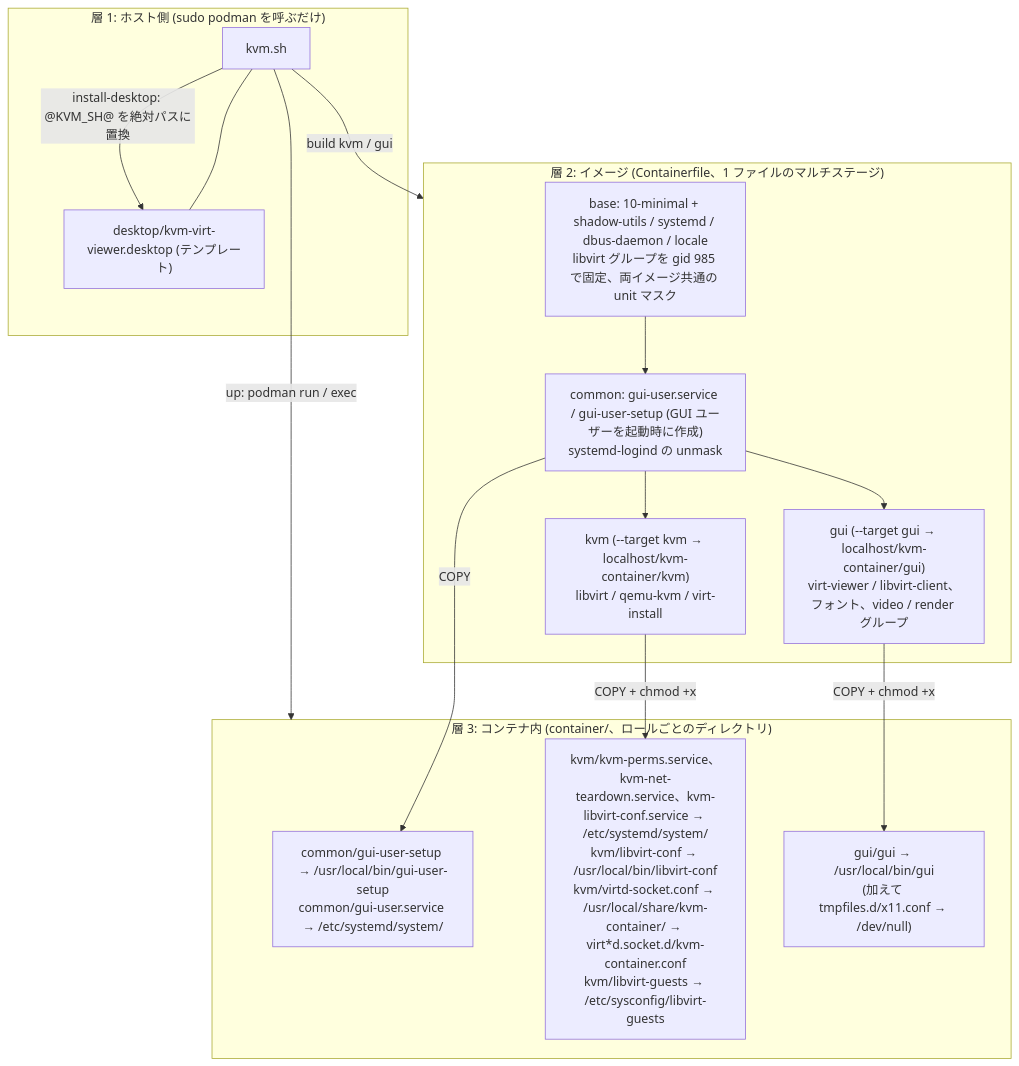
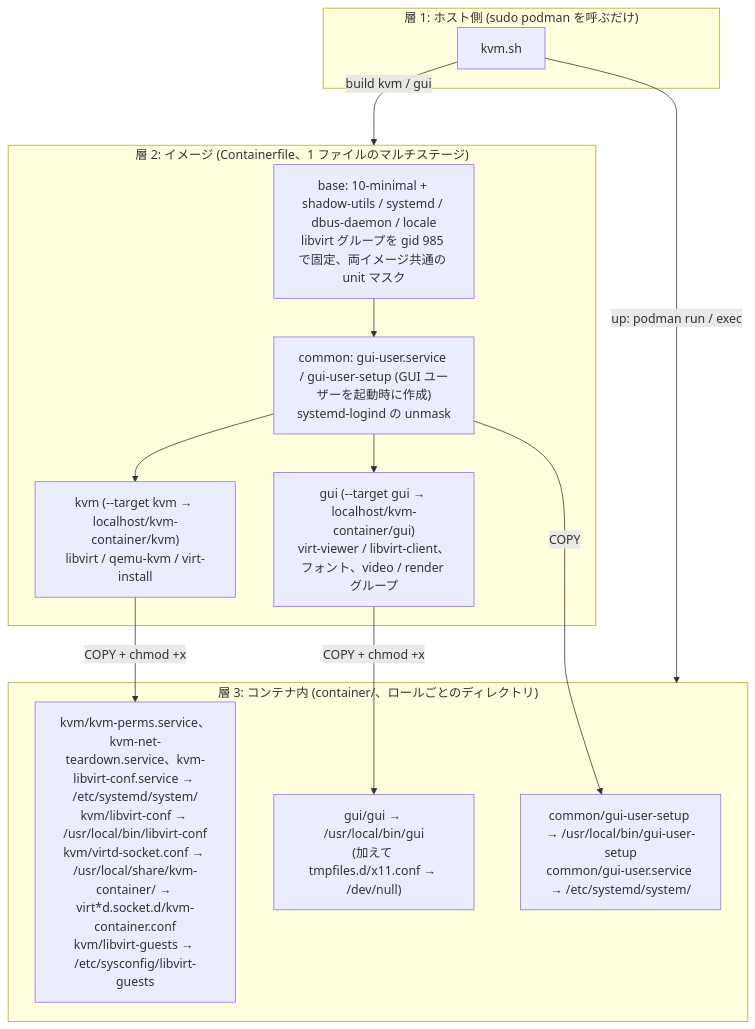
The fourth of 21 diagrams in docs/SPEC.md (ryo-aoki-pc/kvm-container), drawn with Mermaid before and after one commit. The commit also changed other lines of this file and 7 other files, not shown here.

````diff
--- a/docs/SPEC.md
+++ b/docs/SPEC.md
@@ -204,26 +203,25 @@
 ```mermaid
 flowchart TB
   subgraph L1 ["層 1: ホスト側 (sudo podman を呼ぶだけ)"]
-    kvmsh["kvm.sh"] --- tmpl["desktop/kvm-virt-viewer.desktop (テンプレート)"]
+    kvmsh["kvm.sh"]
   end
   subgraph L2 ["層 2: イメージ (Containerfile、1 ファイルのマルチステージ)"]
     base["base: 10-minimal + shadow-utils / systemd / dbus-daemon / locale<br/>libvirt グループを gid 985 で固定、両イメージ共通の unit マスク"]
     common["common: gui-user.service / gui-user-setup (GUI ユーザーを起動時に作成)<br/>systemd-logind の unmask"]
     kvmimg["kvm (--target kvm → localhost/kvm-container/kvm)<br/>libvirt / qemu-kvm / virt-install"]
     guiimg["gui (--target gui → localhost/kvm-container/gui)<br/>virt-viewer / libvirt-client、フォント、video / render グループ"]
     base --> common
     common --> kvmimg
     common --> guiimg
   end
   subgraph L3 ["層 3: コンテナ内 (container/、ロールごとのディレクトリ)"]
     c1["common/gui-user-setup → /usr/local/bin/gui-user-setup<br/>common/gui-user.service → /etc/systemd/system/"]
     k1["kvm/kvm-perms.service、kvm-net-teardown.service、kvm-libvirt-conf.service → /etc/systemd/system/<br/>kvm/libvirt-conf → /usr/local/bin/libvirt-conf<br/>kvm/virtd-socket.conf → /usr/local/share/kvm-container/ → virt*d.socket.d/kvm-container.conf<br/>kvm/libvirt-guests → /etc/sysconfig/libvirt-guests"]
     g1["gui/gui → /usr/local/bin/gui<br/>(加えて tmpfiles.d/x11.conf → /dev/null)"]
   end
   kvmsh -->|"build kvm / gui"| L2
   common -->|"COPY"| c1
   kvmimg -->|"COPY + chmod +x"| k1
   guiimg -->|"COPY + chmod +x"| g1
   kvmsh -->|"up: podman run / exec"| L3
-  kvmsh -->|"install-desktop: @KVM_SH@ を絶対パスに置換"| tmpl
 ```
````
